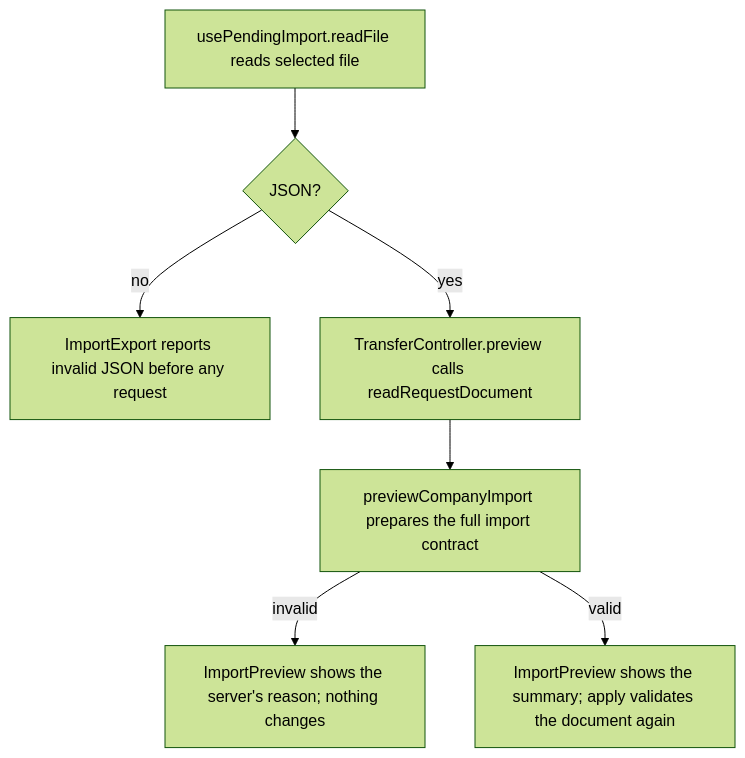
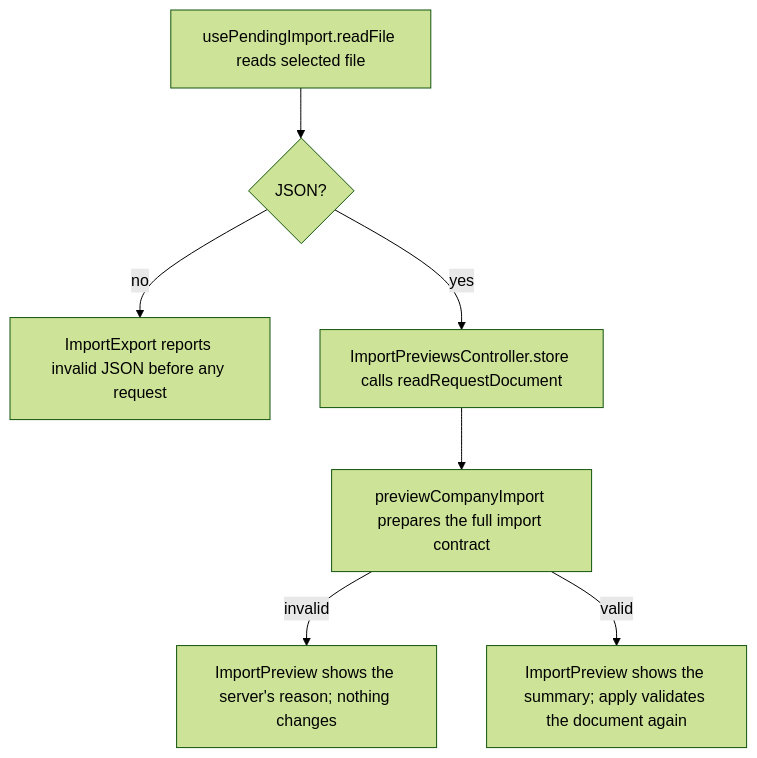
Before and after one commit to Kevinjohn/capacitylens: the second of 2 diagrams in user-stories/data/US-DAT-04-reject-non-capacitylens.md, drawn with Mermaid (forest theme). The commit also changed other lines of this file and 139 other files, not shown here.

````diff
--- a/user-stories/data/US-DAT-04-reject-non-capacitylens.md
+++ b/user-stories/data/US-DAT-04-reject-non-capacitylens.md
@@ -27,9 +27,9 @@
 ```mermaid
 flowchart TD
   file["usePendingImport.readFile reads selected file"] --> json{"JSON?"}
   json -->|"no"| notice["ImportExport reports invalid JSON before any request"]
-  json -->|"yes"| request["TransferController.preview calls readRequestDocument"]
+  json -->|"yes"| request["ImportPreviewsController.store calls readRequestDocument"]
   request --> validate["previewCompanyImport prepares the full import contract"]
   validate -->|"invalid"| refused["ImportPreview shows the server's reason; nothing changes"]
   validate -->|"valid"| preview["ImportPreview shows the summary; apply validates the document again"]
 ```
````
